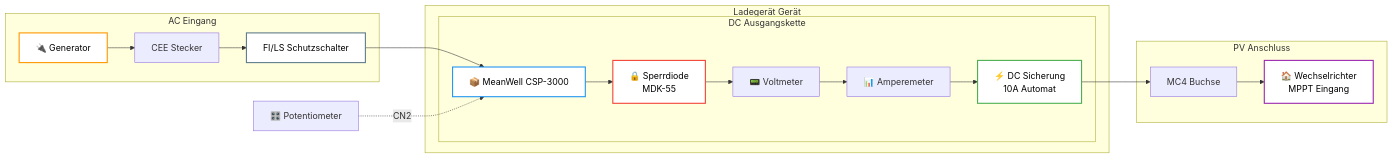
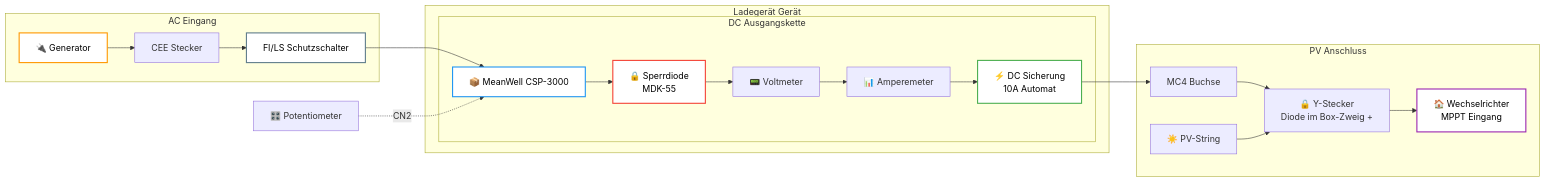
One commit to ESDN83/Home-Solar-Portable-emergency-charger changed the diagram in documentation/SCHEMATICS.md. Above: the diagram before and after it, drawn with Mermaid. The commit also changed other lines of this file and 4 other files, not shown here.

````diff
--- a/documentation/SCHEMATICS.md
+++ b/documentation/SCHEMATICS.md
@@ -25,32 +25,34 @@
 ```mermaid
 graph LR
     subgraph AC_Input [AC Eingang]
         Gen[🔌 Generator] --> CEE[CEE Stecker]
         CEE --> RCBO[FI/LS Schutzschalter]
     end
 
     subgraph Power_Unit [Ladegerät Gerät]
         RCBO --> MW[📦 MeanWell CSP-3000]
         
         subgraph DC_Output_Chain [DC Ausgangskette]
             MW --> Diode[🔒 Sperrdiode<br/>MDK-55]
             Diode --> Volt[📟 Voltmeter]
             Volt --> Amp[📊 Amperemeter]
             Amp --> Fuse[⚡ DC Sicherung<br/>10A Automat]
         end
     end
 
     subgraph PV_Connection [PV Anschluss]
         Fuse --> MC4[MC4 Buchse]
-        MC4 --> WR[🏠 Wechselrichter<br/>MPPT Eingang]
+        MC4 --> YDiode[🔒 Y-Stecker<br/>Diode im Box-Zweig +]
+        String[☀️ PV-String] --> YDiode
+        YDiode --> WR[🏠 Wechselrichter<br/>MPPT Eingang]
     end
 
     Poti[🎛️ Potentiometer] -.->|CN2| MW
 
     style Gen fill:#fff,stroke:#ff9800,stroke-width:2px,color:#000
     style MW fill:#fff,stroke:#2196f3,stroke-width:2px,color:#000
     style Diode fill:#fff,stroke:#f44336,stroke-width:2px,color:#000
     style Fuse fill:#fff,stroke:#4caf50,stroke-width:2px,color:#000
     style WR fill:#fff,stroke:#9c27b0,stroke-width:2px,color:#000
     style RCBO fill:#fff,stroke:#607d8b,stroke-width:2px,color:#000
 ```
````
